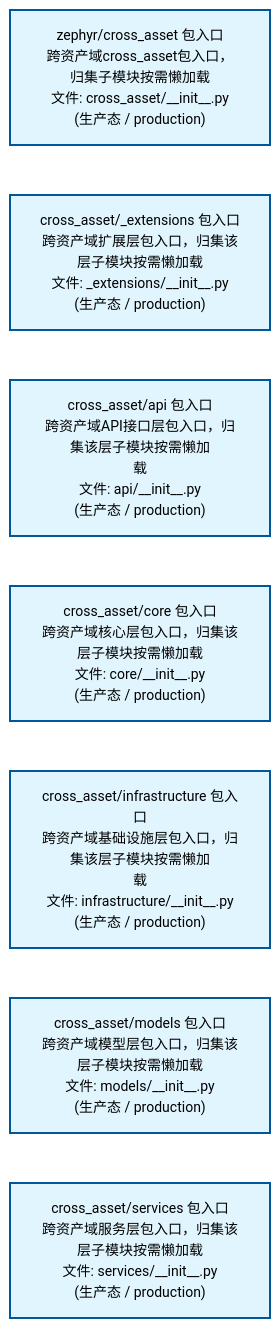
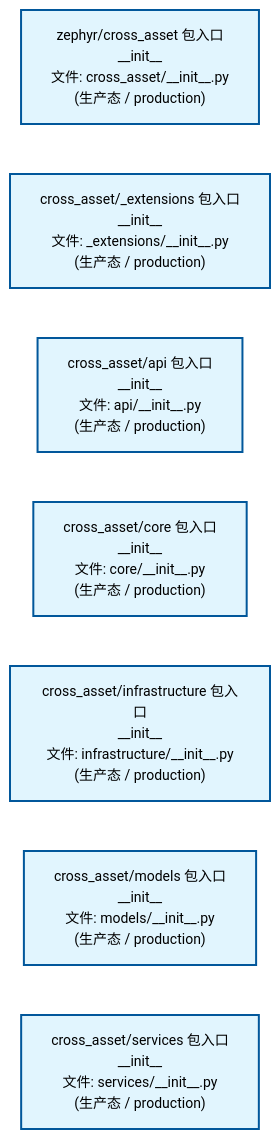
The first of 2 diagrams in docs/02_enterprise_architecture/02_domain_architecture_docs/40_d_cross_asset.md (xuanFelixVan/ZephyrAlpha), drawn with Mermaid before and after one commit. The commit also changed other lines of this file and 61 other files, not shown here.

````diff
--- a/docs/02_enterprise_architecture/02_domain_architecture_docs/40_d_cross_asset.md
+++ b/docs/02_enterprise_architecture/02_domain_architecture_docs/40_d_cross_asset.md
@@ -53,22 +53,22 @@
 ```mermaid
 %%{init: {'theme': 'base', 'themeVariables': {'primaryColor': '#eaeaea', 'primaryTextColor': '#333333', 'primaryBorderColor': '#666666', 'lineColor': '#666666', 'secondaryColor': '#eaeaea', 'tertiaryColor': '#eaeaea', 'fontSize': '14px'}}}%%
 flowchart TD
-    src_zephyr_cross_asset_init_py["zephyr/cross_asset 包入口<br/>跨资产域cross_asset包入口，归集子模块按需懒加载<br/>文件: cross_asset/__init__.py<br/>(生产态 / production)"]
-    src_zephyr_cross_asset_extensions_init_py["cross_asset/_extensions 包入口<br/>跨资产域扩展层包入口，归集该层子模块按需懒加载<br/>文件: _extensions/__init__.py<br/>(生产态 / production)"]
-    src_zephyr_cross_asset_api_init_py["cross_asset/api 包入口<br/>跨资产域API接口层包入口，归集该层子模块按需懒加<br/>载<br/>文件: api/__init__.py<br/>(生产态 / production)"]
-    src_zephyr_cross_asset_core_init_py["cross_asset/core 包入口<br/>跨资产域核心层包入口，归集该层子模块按需懒加载<br/>文件: core/__init__.py<br/>(生产态 / production)"]
-    src_zephyr_cross_asset_infrastructure_init_py["cross_asset/infrastructure 包入口<br/>跨资产域基础设施层包入口，归集该层子模块按需懒加<br/>载<br/>文件: infrastructure/__init__.py<br/>(生产态 / production)"]
-    src_zephyr_cross_asset_models_init_py["cross_asset/models 包入口<br/>跨资产域模型层包入口，归集该层子模块按需懒加载<br/>文件: models/__init__.py<br/>(生产态 / production)"]
-    src_zephyr_cross_asset_services_init_py["cross_asset/services 包入口<br/>跨资产域服务层包入口，归集该层子模块按需懒加载<br/>文件: services/__init__.py<br/>(生产态 / production)"]
+    src_zephyr_cross_asset_init_py["zephyr/cross_asset 包入口<br/>__init__<br/>文件: cross_asset/__init__.py<br/>(生产态 / production)"]
+    src_zephyr_cross_asset_extensions_init_py["cross_asset/_extensions 包入口<br/>__init__<br/>文件: _extensions/__init__.py<br/>(生产态 / production)"]
+    src_zephyr_cross_asset_api_init_py["cross_asset/api 包入口<br/>__init__<br/>文件: api/__init__.py<br/>(生产态 / production)"]
+    src_zephyr_cross_asset_core_init_py["cross_asset/core 包入口<br/>__init__<br/>文件: core/__init__.py<br/>(生产态 / production)"]
+    src_zephyr_cross_asset_infrastructure_init_py["cross_asset/infrastructure 包入口<br/>__init__<br/>文件: infrastructure/__init__.py<br/>(生产态 / production)"]
+    src_zephyr_cross_asset_models_init_py["cross_asset/models 包入口<br/>__init__<br/>文件: models/__init__.py<br/>(生产态 / production)"]
+    src_zephyr_cross_asset_services_init_py["cross_asset/services 包入口<br/>__init__<br/>文件: services/__init__.py<br/>(生产态 / production)"]
     src_zephyr_cross_asset_init_py ~~~ src_zephyr_cross_asset_extensions_init_py
     src_zephyr_cross_asset_extensions_init_py ~~~ src_zephyr_cross_asset_api_init_py
     src_zephyr_cross_asset_api_init_py ~~~ src_zephyr_cross_asset_core_init_py
     src_zephyr_cross_asset_core_init_py ~~~ src_zephyr_cross_asset_infrastructure_init_py
     src_zephyr_cross_asset_infrastructure_init_py ~~~ src_zephyr_cross_asset_models_init_py
     src_zephyr_cross_asset_models_init_py ~~~ src_zephyr_cross_asset_services_init_py
     classDef production fill:#e1f5fe,stroke:#01579b,stroke-width:2px,color:#000
     classDef design fill:#fff3e0,stroke:#e65100,stroke-width:2px,color:#000,stroke-dasharray: 5 5
     classDef external_prod fill:#e8f4fd,stroke:#0277bd,stroke-width:1px,color:#000
     classDef external_design fill:#fff8e7,stroke:#ef6c00,stroke-width:1px,color:#000,stroke-dasharray: 5 5
     class src_zephyr_cross_asset_init_py,src_zephyr_cross_asset_extensions_init_py,src_zephyr_cross_asset_api_init_py,src_zephyr_cross_asset_core_init_py,src_zephyr_cross_asset_infrastructure_init_py,src_zephyr_cross_asset_models_init_py,src_zephyr_cross_asset_services_init_py production
 ```
````
